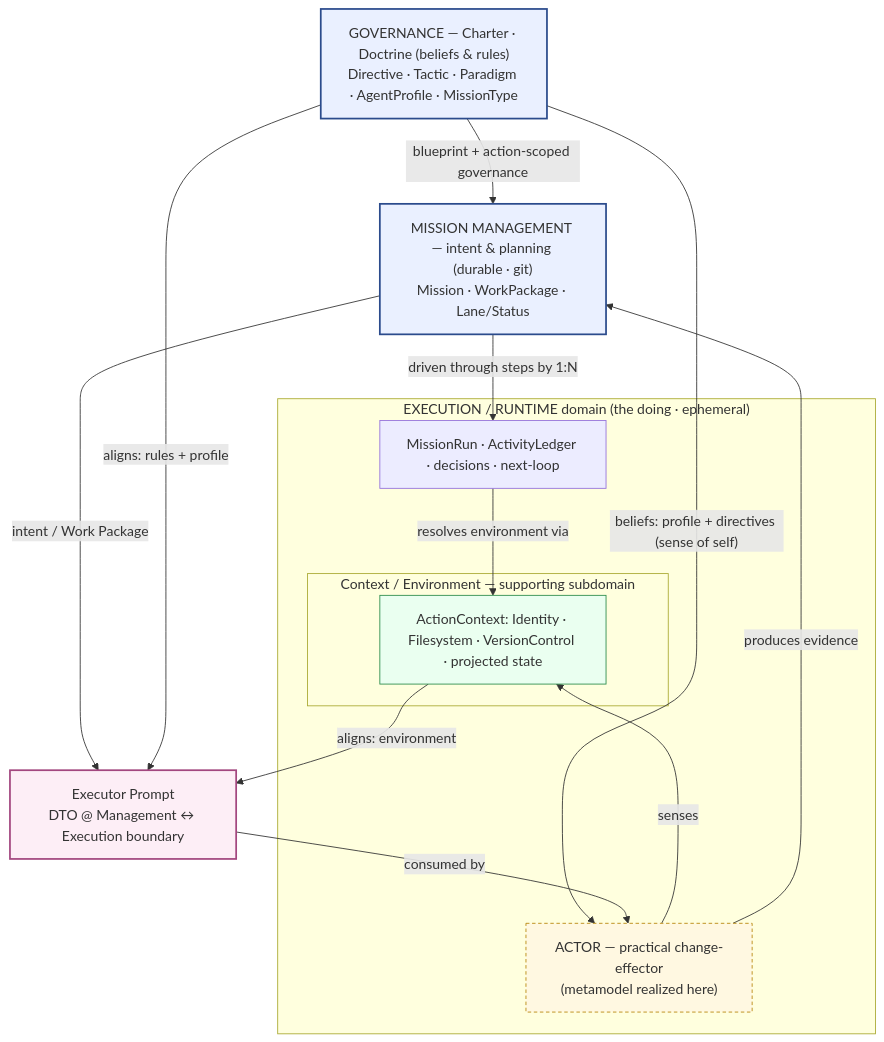
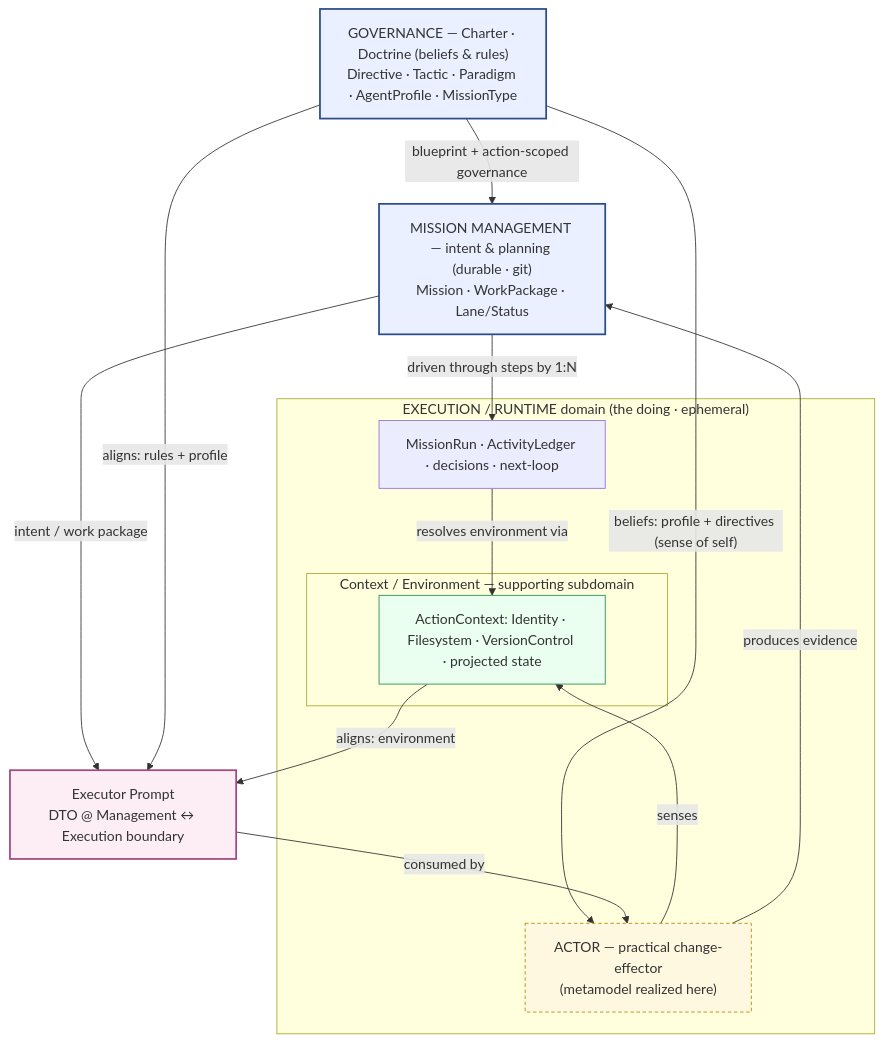
One commit to Priivacy-ai/spec-kitty changed the first of 8 diagrams in docs/plans/engineering-notes/runtime_and_state_overhaul/14-model-diagrams.md. Above: the diagram before and after it, drawn with Mermaid. The commit also changed other lines of this file and 72 other files, not shown here.

````diff
--- a/docs/plans/engineering-notes/runtime_and_state_overhaul/14-model-diagrams.md
+++ b/docs/plans/engineering-notes/runtime_and_state_overhaul/14-model-diagrams.md
@@ -47,31 +47,31 @@
 ```mermaid
 graph TD
   classDef dom fill:#eaf0ff,stroke:#2b4b8c,stroke-width:2px;
   classDef sup fill:#eafff0,stroke:#2b8c4b,stroke-width:1px;
   classDef dto fill:#fdeef6,stroke:#a3477f,stroke-width:2px;
   classDef meta fill:#fff8e1,stroke:#b8860b,stroke-dasharray:4 3;
 
   GOV["GOVERNANCE — Charter · Doctrine (beliefs &amp; rules)<br/>Directive · Tactic · Paradigm · AgentProfile · MissionType"]:::dom
   MM["MISSION MANAGEMENT — intent &amp; planning (durable · git)<br/>Mission · WorkPackage · Lane/Status"]:::dom
 
   subgraph EXEC["EXECUTION / RUNTIME domain (the doing · ephemeral)"]
     RUNc["MissionRun · ActivityLedger · decisions · next-loop"]
     ACTOR["ACTOR — practical change-effector<br/>(metamodel realized here)"]:::meta
     subgraph CTXSUB["Context / Environment — supporting subdomain"]
       CTXc["ActionContext: Identity · Filesystem · VersionControl · projected state"]:::sup
     end
   end
 
   PROMPT["Executor Prompt<br/>DTO @ Management ↔ Execution boundary"]:::dto
 
   GOV -->|"blueprint + action-scoped governance"| MM
   GOV -->|"beliefs: profile + directives (sense of self)"| ACTOR
   MM -->|"driven through steps by  1:N"| RUNc
-  MM -->|"intent / Work Package"| PROMPT
+  MM -->|"intent / work package"| PROMPT
   GOV -->|"aligns: rules + profile"| PROMPT
   CTXc -->|"aligns: environment"| PROMPT
   PROMPT -->|"consumed by"| ACTOR
   ACTOR -->|"senses"| CTXc
   ACTOR -->|"produces evidence"| MM
   RUNc -->|"resolves environment via"| CTXc
 ```
````
